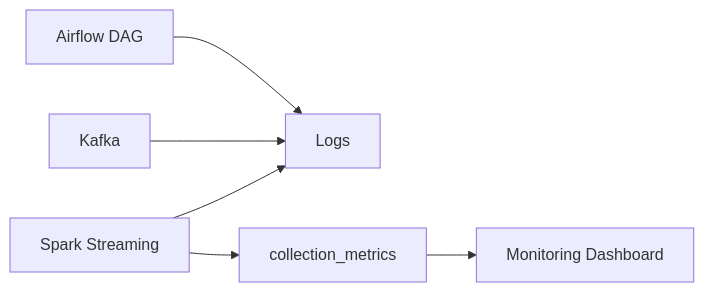
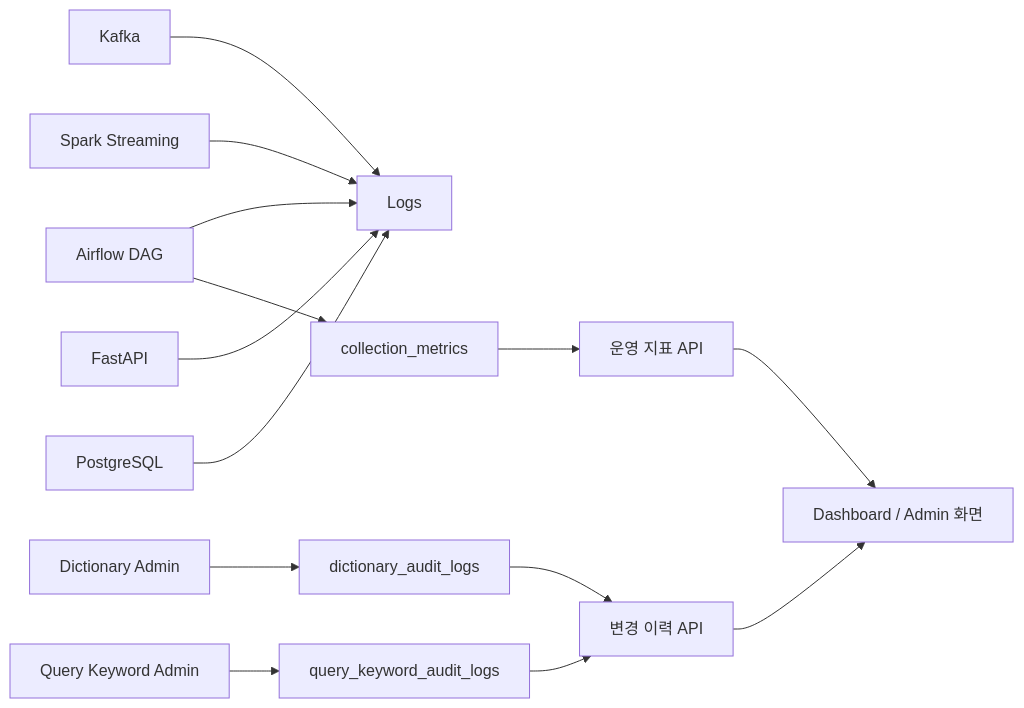
Before and after one commit to yeongmin-yu/news-trend-pipeline-dev: the diagram in docs/design/STEP6_MONITORING.md, drawn with Mermaid. The commit also changed other lines of this file, not shown here.

Commit message:
docs: expand STEP6 monitoring with operational metrics and audit logs

````diff
--- a/docs/design/STEP6_MONITORING.md
+++ b/docs/design/STEP6_MONITORING.md
@@ -17,9 +30,19 @@
 ```mermaid
 flowchart LR
-    A["Airflow DAG"] --> D["Logs"]
-    B["Kafka"] --> D
-    C["Spark Streaming"] --> D
+    A["Airflow DAG"] --> L["Logs"]
+    B["Kafka"] --> L
+    C["Spark Streaming"] --> L
+    D["FastAPI"] --> L
+    E["PostgreSQL"] --> L
 
-    C --> E["collection_metrics"]
-    E --> F["Monitoring Dashboard"]
+    A --> M["collection_metrics"]
+    M --> O["운영 지표 API"]
+    O --> P["Dashboard / Admin 화면"]
+
+    Q["Dictionary Admin"] --> R["dictionary_audit_logs"]
+    S["Query Keyword Admin"] --> T["query_keyword_audit_logs"]
+
+    R --> U["변경 이력 API"]
+    T --> U
+    U --> P
 ```
````
